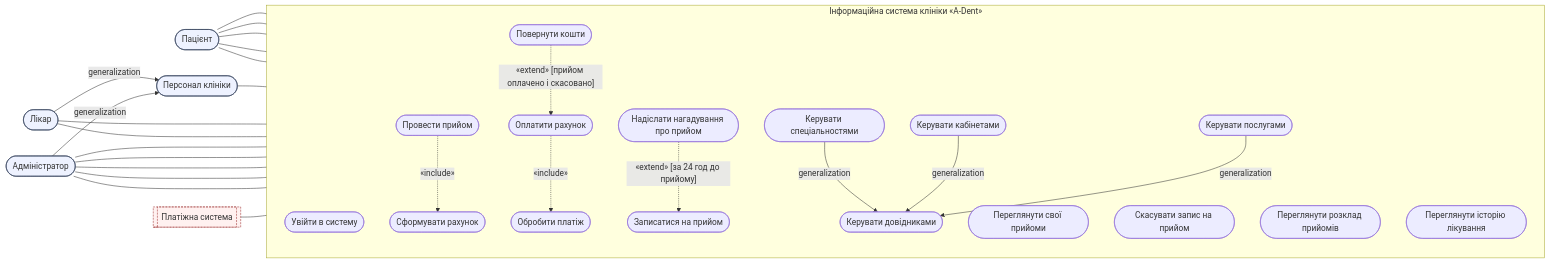
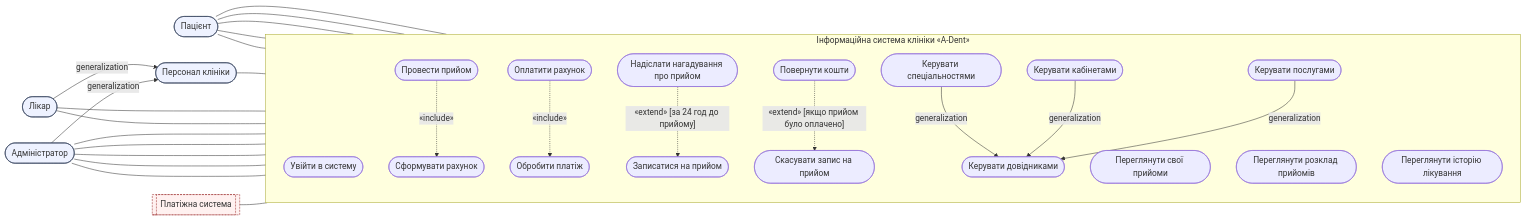
One commit to dvsqwx/KPI changed the diagram in use-case-diagram.mmd. Above: the diagram before and after it, drawn with Mermaid.

Commit message:
link refund to cancel appointment instead of payment

```diff
--- a/use-case-diagram.mmd
+++ b/use-case-diagram.mmd
@@ -1,84 +1,84 @@
 %% Use Case діаграма — «Приватна стоматологічна клініка A-Dent»
 %% Примітка щодо нотації: Mermaid не має єдиної стабільної across-renderer нотації
 %% класичного UML use-case (порожній трикутник генералізації, людські акторні "стіки").
 %% Тому діаграма побудована на flowchart, що гарантовано рендериться в будь-якій версії Mermaid:
 %%   - актори-люди: заокруглений прямокутник (stadium), клас actorHuman
 %%   - зовнішня система (Платіжна система): подвійна рамка (subroutine), клас actorSystem, пунктирна межа
 %%   - use case: овал (stadium) всередині підсистеми SYS
 %%   - асоціація актор–use case: звичайна лінія без стрілки
 %%   - «include»: пунктирна стрілка з підписом «include», від базового UC до включеного
 %%   - «extend»: пунктирна стрілка з підписом «extend», від розширення до базового UC
 %%   - генералізація: суцільна стрілка з підписом "generalization" (наближення — замінює порожній трикутник)
 
 flowchart LR
 
     %% ===== Актори =====
     Patient([" Пацієнт"]):::actorHuman
     Doctor([" Лікар"]):::actorHuman
     Admin([" Адміністратор"]):::actorHuman
     Staff([" Персонал клініки"]):::actorHuman
     PaymentSys[[" Платіжна система"]]:::actorSystem
 
     %% Генералізація акторів: Лікар і Адміністратор — спеціалізації Персоналу клініки
     Doctor -->|"generalization"| Staff
     Admin -->|"generalization"| Staff
 
     %% ===== Межа системи =====
     subgraph SYS["Інформаційна система клініки «A-Dent»"]
         direction TB
 
         UC0(["Увійти в систему"])
 
         UC1(["Записатися на прийом"])
         UC2(["Переглянути свої прийоми"])
         UC3(["Скасувати запис на прийом"])
         UC4(["Переглянути розклад прийомів"])
         UC5(["Провести прийом"])
         UC6(["Сформувати рахунок"])
         UC7(["Оплатити рахунок"])
         UC8(["Обробити платіж"])
         UC9(["Повернути кошти"])
         UC10(["Надіслати нагадування про прийом"])
         UC11(["Переглянути історію лікування"])
 
         UC12(["Керувати довідниками"])
         UC12a(["Керувати спеціальностями"])
         UC12b(["Керувати кабінетами"])
         UC12c(["Керувати послугами"])
     end
 
     %% ===== Асоціації: Пацієнт =====
     Patient --- UC1
     Patient --- UC2
     Patient --- UC3
     Patient --- UC7
     Patient --- UC11
 
     %% ===== Асоціації: успадковано через Staff, плюс власні =====
     Staff --- UC0
     Doctor --- UC4
     Doctor --- UC5
     Admin --- UC1
     Admin --- UC3
     Admin --- UC4
     Admin --- UC9
     Admin --- UC12
 
     %% ===== Асоціація: зовнішня система =====
     PaymentSys --- UC8
 
     %% ===== Include (обов'язковий крок) =====
     UC5 -.->|"«include»"| UC6
     UC7 -.->|"«include»"| UC8
 
     %% ===== Extend (опційне розширення за умови) =====
     UC10 -.->|"«extend» [за 24 год до прийому]"| UC1
-    UC9 -.->|"«extend» [прийом оплачено і скасовано]"| UC7
+    UC9 -.->|"«extend» [якщо прийом було оплачено]"| UC3
 
     %% ===== Генералізація use cases =====
     UC12a -->|"generalization"| UC12
     UC12b -->|"generalization"| UC12
     UC12c -->|"generalization"| UC12
 
     classDef actorHuman fill:#eef2ff,stroke:#33415c,stroke-width:1px;
     classDef actorSystem fill:#fff1f0,stroke:#9b2c2c,stroke-width:1px,stroke-dasharray:4 2;
```
